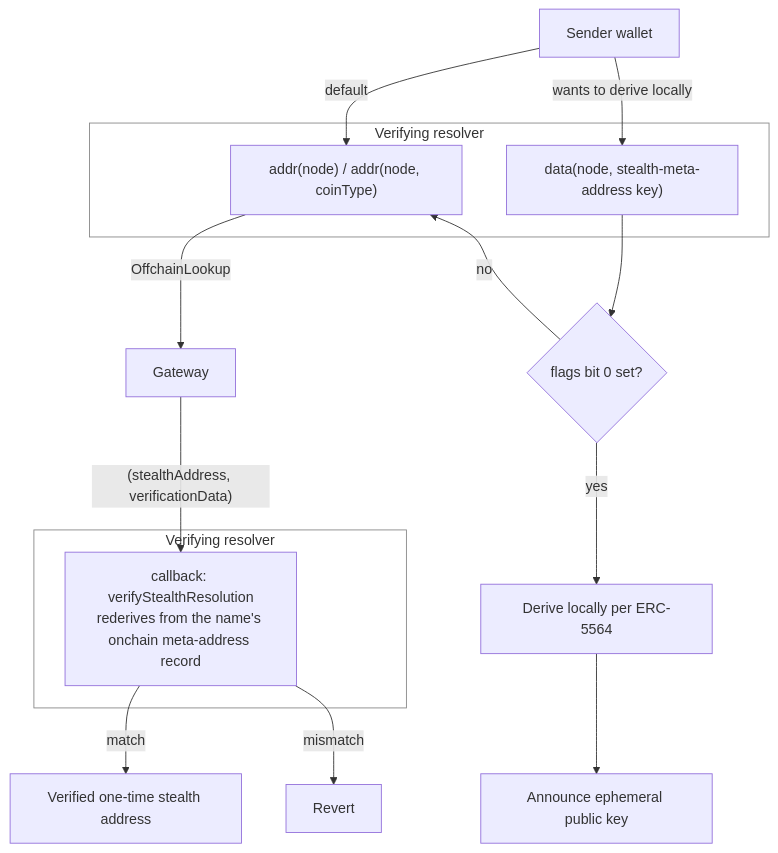
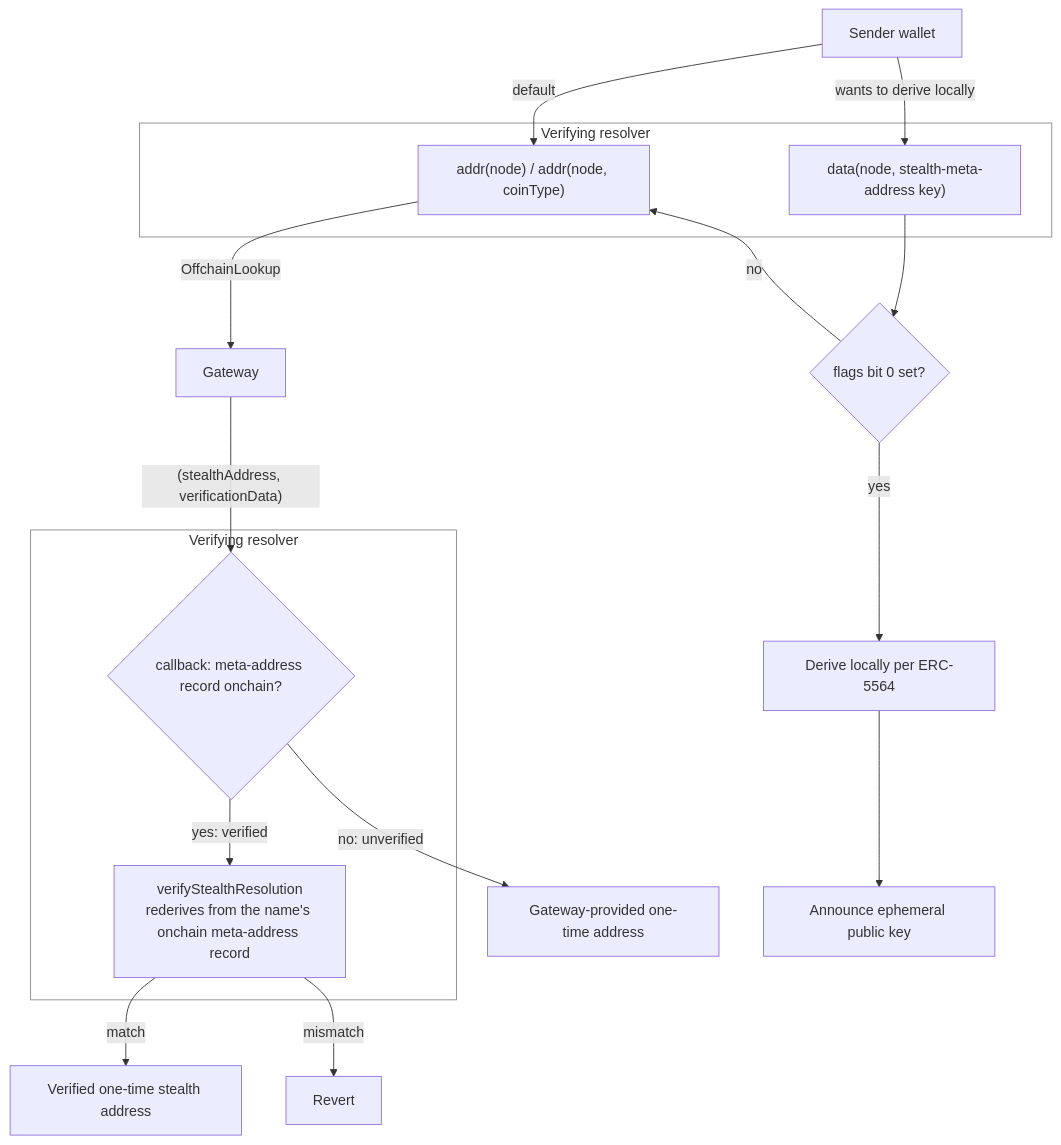
Before and after one commit to ensdomains/ensips: the diagram in ensips/x.md, drawn with Mermaid. The commit also changed other lines of this file, not shown here.

First line of the commit message:
Make gateway verification opt-in via record presence

````diff
--- a/ensips/x.md
+++ b/ensips/x.md
@@ -39,24 +39,27 @@
 ```mermaid
 flowchart TB
     W[Sender wallet]
     W -->|default| A
     W -->|wants to derive locally| D
     subgraph R1[Verifying resolver]
         A["addr(node) / addr(node, coinType)"]
         D["data(node, stealth-meta-address key)"]
     end
     A -->|OffchainLookup| G[Gateway]
     G -->|"(stealthAddress, verificationData)"| C
     subgraph R2[Verifying resolver]
-        C["callback: verifyStealthResolution<br/>rederives from the name's onchain meta-address record"]
+        C{"callback: meta-address record onchain?"}
+        V["verifyStealthResolution<br/>rederives from the name's onchain meta-address record"]
     end
     style R1 fill:none,stroke:#888,stroke-width:1px
     style R2 fill:none,stroke:#888,stroke-width:1px
-    C -->|match| OK[Verified one-time stealth address]
-    C -->|mismatch| X[Revert]
+    C -->|"yes: verified"| V
+    C -->|"no: unverified"| U[Gateway-provided one-time address]
+    V -->|match| OK[Verified one-time stealth address]
+    V -->|mismatch| X[Revert]
     D --> F{flags bit 0 set?}
     F -->|yes| L[Derive locally per ERC-5564]
     L --> AN[Announce ephemeral public key]
     A ~~~ F
     F -->|no| A
 ```
````
